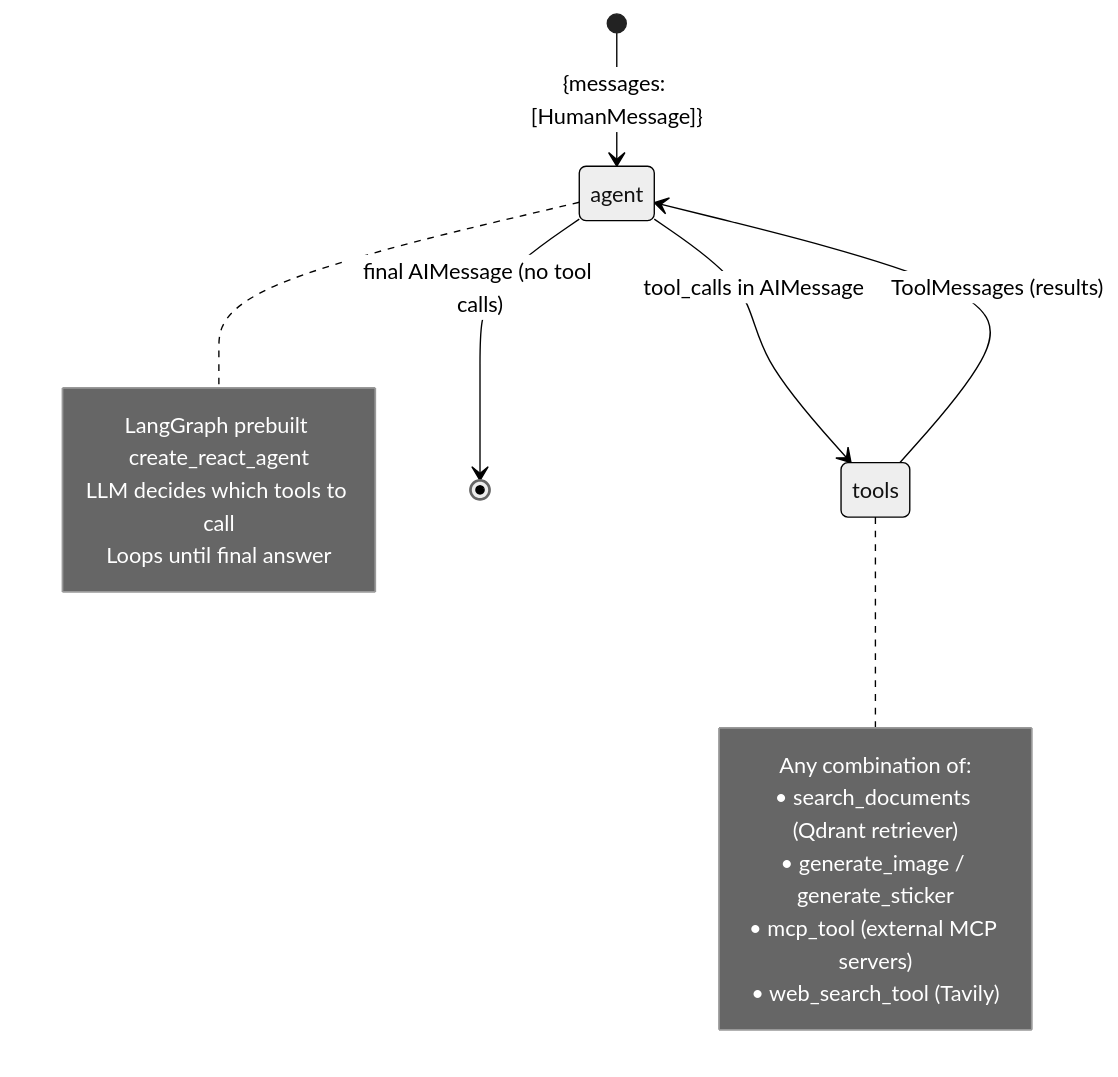
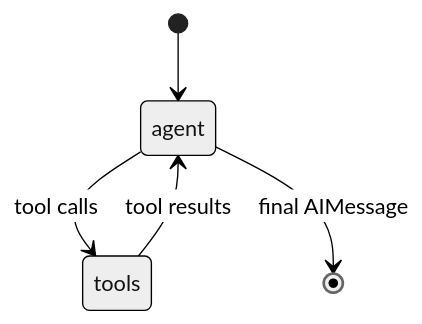
Before and after one commit to giasinguyen/chatly-messaging-platform: the eighth of 12 diagrams in chatly-agent/ARCHITECTURE.md, drawn with Mermaid (neutral theme). The commit also changed other lines of this file and 2 other files, not shown here.

First line of the commit message:
refactor: update README.md to reflect new Chatly Agent features and architecture

````diff
--- a/chatly-agent/ARCHITECTURE.md
+++ b/chatly-agent/ARCHITECTURE.md
@@ -298,21 +264,7 @@
 ```mermaid
 stateDiagram-v2
-    [*] --> agent : {messages: [HumanMessage]}
-    agent --> tools : tool_calls in AIMessage
-    tools --> agent : ToolMessages (results)
-    agent --> [*] : final AIMessage (no tool calls)
-
-    note right of agent
-        LangGraph prebuilt create_react_agent
-        LLM decides which tools to call
-        Loops until final answer
-    end note
-
-    note right of tools
-        Any combination of:
-        • search_documents (Qdrant retriever)
-        • generate_image / generate_sticker
-        • mcp_tool (external MCP servers)
-        • web_search_tool (Tavily)
-    end note
+    [*] --> agent
+    agent --> tools : tool calls
+    tools --> agent : tool results
+    agent --> [*] : final AIMessage
 ```
````
